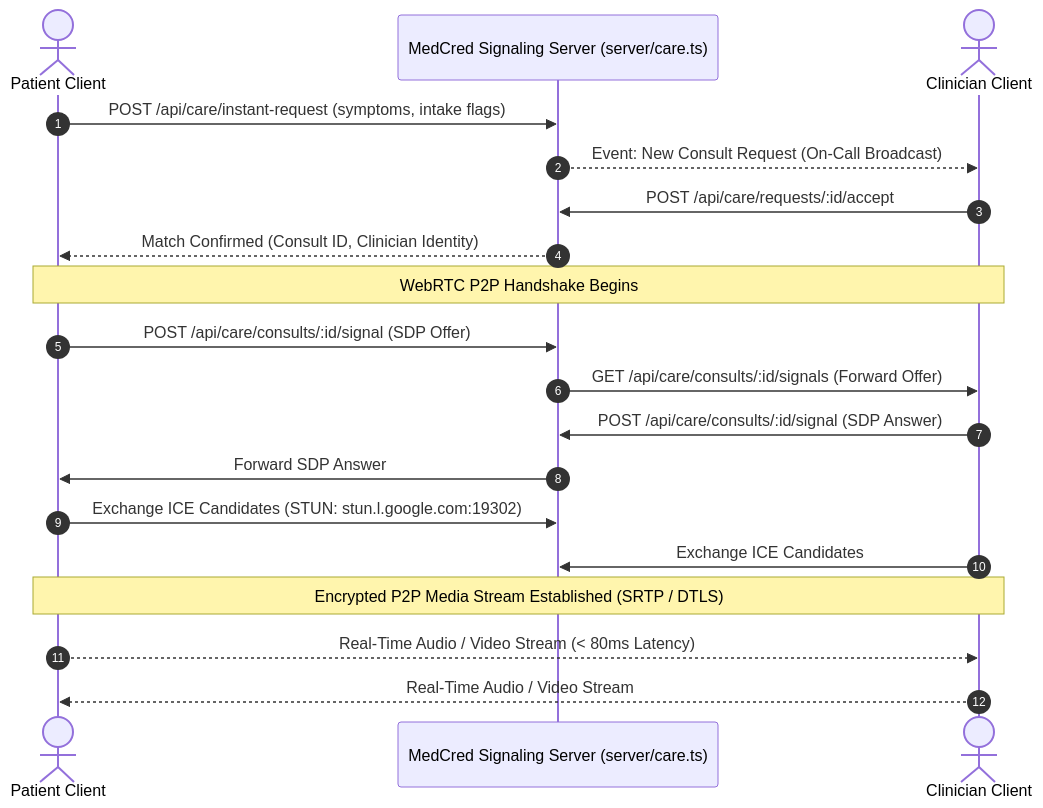
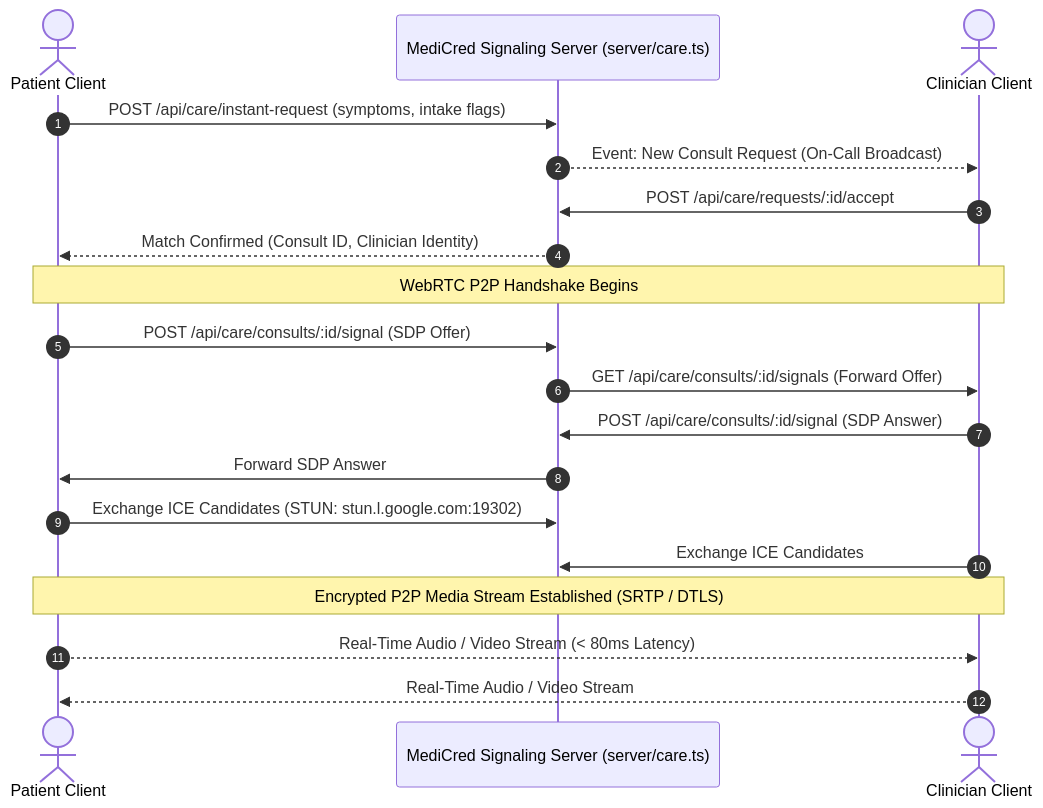
One commit to manasbhaumik-web/careverified---verified-doctor---nurse-network changed the diagram in ARCHITECTURE.md. Above: the diagram before and after it, drawn with Mermaid. The commit also changed other lines of this file and 101 other files, not shown here.

Commit message:
feat(marketplace): MediCred brand unification, packages directory, and platform linking

````diff
--- a/ARCHITECTURE.md
+++ b/ARCHITECTURE.md
@@ -144,25 +144,25 @@
 ```mermaid
 sequenceDiagram
     autonumber
     actor Patient as Patient Client
-    participant Server as MedCred Signaling Server (server/care.ts)
+    participant Server as MediCred Signaling Server (server/care.ts)
     actor Clinician as Clinician Client
 
     Patient->>Server: POST /api/care/instant-request (symptoms, intake flags)
     Server-->>Clinician: Event: New Consult Request (On-Call Broadcast)
     Clinician->>Server: POST /api/care/requests/:id/accept
     Server-->>Patient: Match Confirmed (Consult ID, Clinician Identity)
     
     Note over Patient,Clinician: WebRTC P2P Handshake Begins
     Patient->>Server: POST /api/care/consults/:id/signal (SDP Offer)
     Server->>Clinician: GET /api/care/consults/:id/signals (Forward Offer)
     Clinician->>Server: POST /api/care/consults/:id/signal (SDP Answer)
     Server->>Patient: Forward SDP Answer
     
     Patient->>Server: Exchange ICE Candidates (STUN: stun.l.google.com:19302)
     Clinician->>Server: Exchange ICE Candidates
     
     Note over Patient,Clinician: Encrypted P2P Media Stream Established (SRTP / DTLS)
     Patient-->>Clinician: Real-Time Audio / Video Stream (< 80ms Latency)
     Clinician-->>Patient: Real-Time Audio / Video Stream
 ```
````
